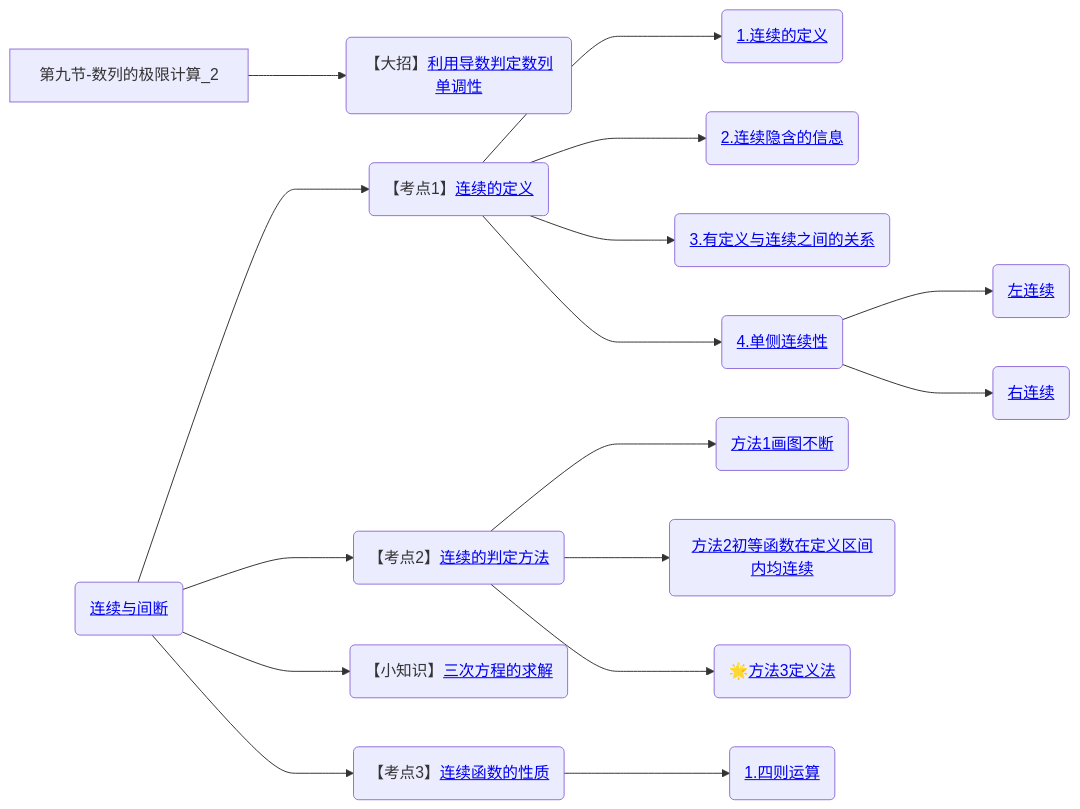
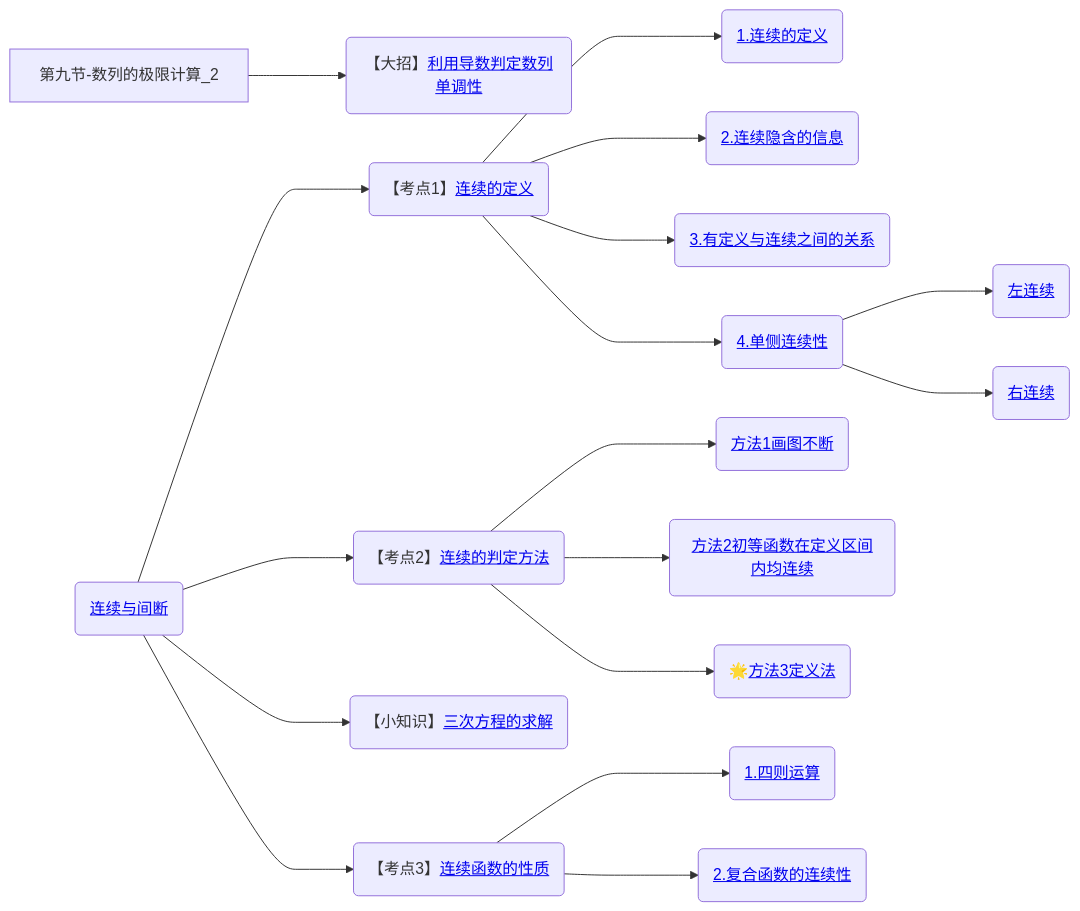
Before and after one commit to yuebinghui/note: the ninth of 11 diagrams in 笔记/数学/周洋鑫/01.基础班思维导图.md, drawn with Mermaid. The commit also changed 4 other files, not shown here.

````diff
--- a/笔记/数学/周洋鑫/01.基础班思维导图.md
+++ b/笔记/数学/周洋鑫/01.基础班思维导图.md
@@ -352,25 +352,26 @@
 ```mermaid
 graph LR
 第九节-数列的极限计算_2
 
 第九节-数列的极限计算_2--->利用导数判定数列单调性(【大招】<a href="/Users/yuebinghui/Documents/program/github/note/笔记/数学/周洋鑫/基础班/09.数列的极限计算_2.md#利用导数判定数列单调性">利用导数判定数列单调性</>)
 
 连续与间断(<a href="/Users/yuebinghui/Documents/program/github/note/笔记/数学/周洋鑫/基础班/09.数列的极限计算_2.md#连续与间断">连续与间断</>)
 连续与间断--->连续的定义(【考点1】<a href="/Users/yuebinghui/Documents/program/github/note/笔记/数学/周洋鑫/基础班/09.数列的极限计算_2.md#连续的定义">连续的定义</>)
 连续的定义--->1.连续的定义(<a href="/Users/yuebinghui/Documents/program/github/note/笔记/数学/周洋鑫/基础班/09.数列的极限计算_2.md#1.连续的定义">1.连续的定义</>)
 连续的定义--->2.连续隐含的信息(<a href="/Users/yuebinghui/Documents/program/github/note/笔记/数学/周洋鑫/基础班/09.数列的极限计算_2.md#2.连续隐含的信息">2.连续隐含的信息</>)
 连续的定义--->3.有定义与连续之间的关系(<a href="/Users/yuebinghui/Documents/program/github/note/笔记/数学/周洋鑫/基础班/09.数列的极限计算_2.md#3.有定义与连续之间的关系">3.有定义与连续之间的关系</>)
 连续的定义--->4.单侧连续性(<a href="/Users/yuebinghui/Documents/program/github/note/笔记/数学/周洋鑫/基础班/09.数列的极限计算_2.md#4.单侧连续性">4.单侧连续性</>)
 4.单侧连续性--->左连续(<a href="/Users/yuebinghui/Documents/program/github/note/笔记/数学/周洋鑫/基础班/09.数列的极限计算_2.md#左连续">左连续</>)
 4.单侧连续性--->右连续(<a href="/Users/yuebinghui/Documents/program/github/note/笔记/数学/周洋鑫/基础班/09.数列的极限计算_2.md#右连续">右连续</>)
 
 连续与间断--->连续的判定方法(【考点2】<a href="/Users/yuebinghui/Documents/program/github/note/笔记/数学/周洋鑫/基础班/09.数列的极限计算_2.md#连续的判定方法">连续的判定方法</>)
 连续的判定方法--->方法1画图不断(<a href="/Users/yuebinghui/Documents/program/github/note/笔记/数学/周洋鑫/基础班/09.数列的极限计算_2.md#方法1画图不断">方法1画图不断</>)
 连续的判定方法--->方法2初等函数在定义区间内均连续(<a href="/Users/yuebinghui/Documents/program/github/note/笔记/数学/周洋鑫/基础班/09.数列的极限计算_2.md#方法2初等函数在定义区间内均连续">方法2初等函数在定义区间内均连续</>)
 连续的判定方法--->方法3定义法(🌟<a href="/Users/yuebinghui/Documents/program/github/note/笔记/数学/周洋鑫/基础班/09.数列的极限计算_2.md#方法3定义法">方法3定义法</>)
 
 连续与间断--->三次方程的求解(【小知识】<a href="/Users/yuebinghui/Documents/program/github/note/笔记/数学/周洋鑫/基础班/09.数列的极限计算_2.md#三次方程的求解">三次方程的求解</>)
 
 连续与间断--->连续函数的性质(【考点3】<a href="/Users/yuebinghui/Documents/program/github/note/笔记/数学/周洋鑫/基础班/09.数列的极限计算_2.md#连续函数的性质">连续函数的性质</>)
 连续函数的性质--->1.四则运算(<a href="/Users/yuebinghui/Documents/program/github/note/笔记/数学/周洋鑫/基础班/09.数列的极限计算_2.md#1.四则运算">1.四则运算</>)
+连续函数的性质--->2.复合函数的连续性(<a href="/Users/yuebinghui/Documents/program/github/note/笔记/数学/周洋鑫/基础班/09.数列的极限计算_2#2.复合函数的连续性">2.复合函数的连续性</>)
 ```
````
